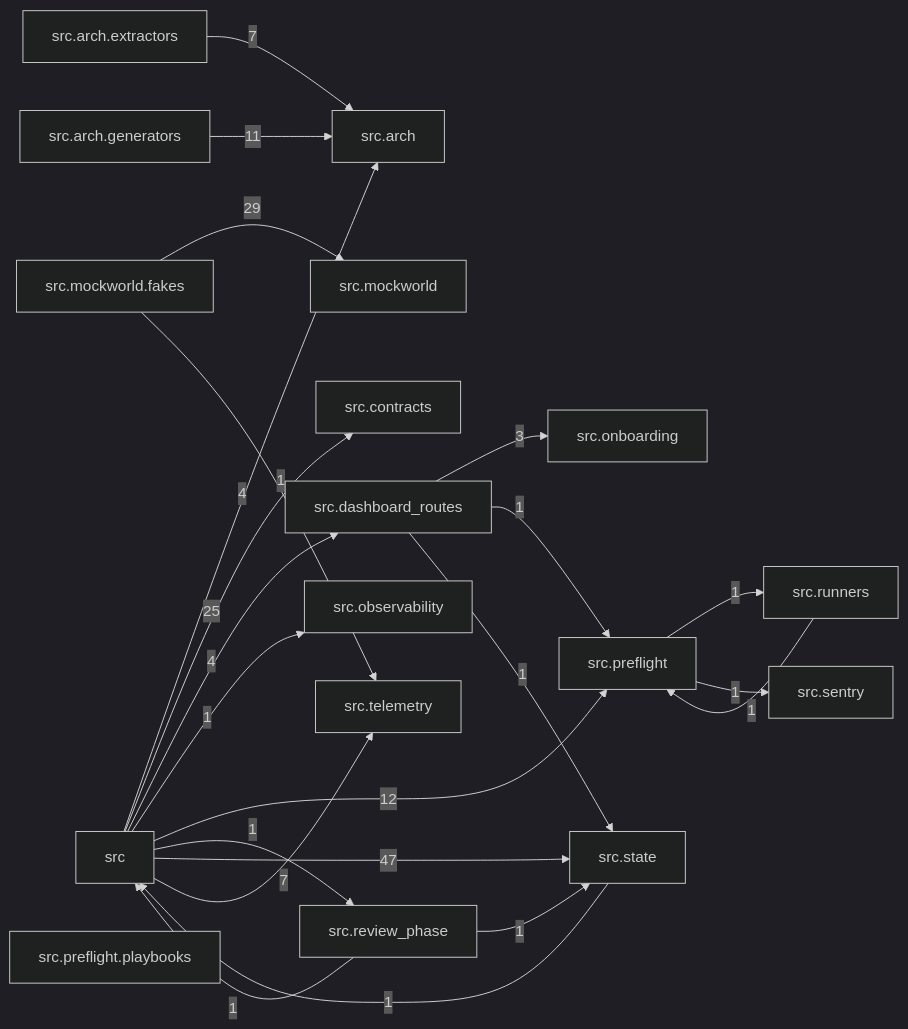
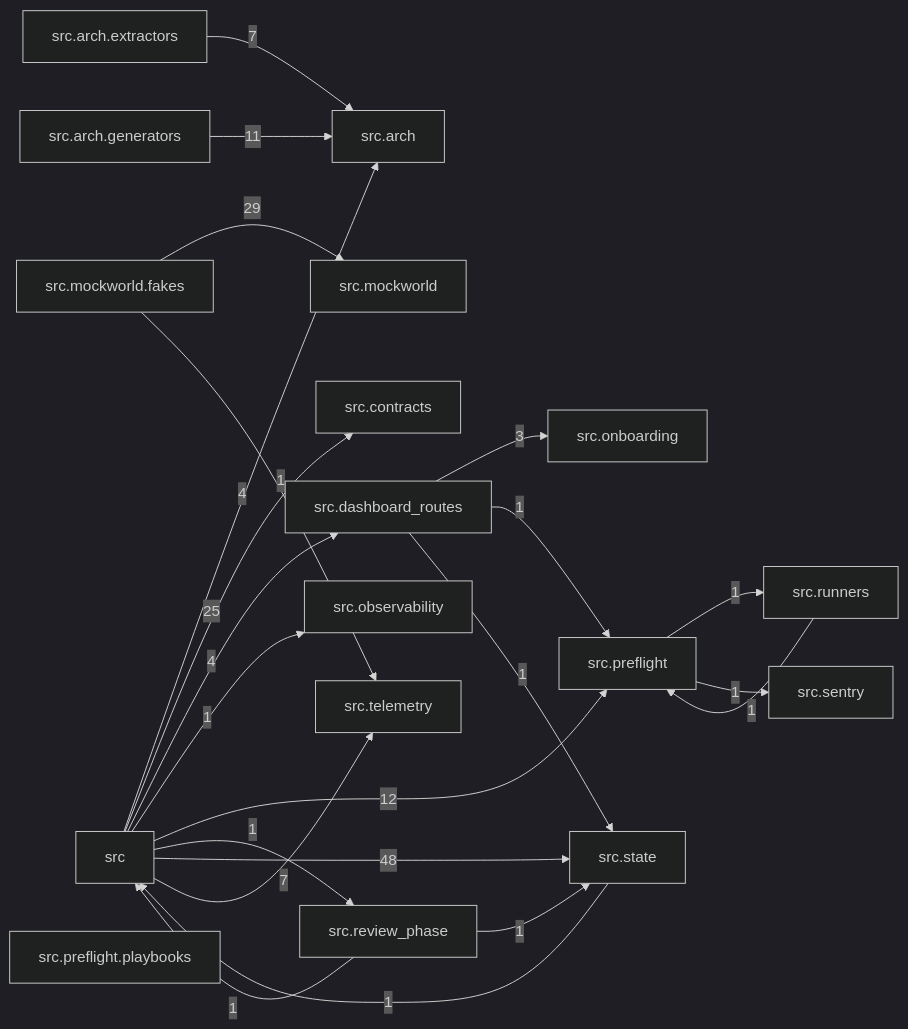
Before and after one commit to T-rav/hydraflow: the diagram in docs/arch/generated/modules.md, drawn with Mermaid (dark theme). The commit also changed 25 other files, not shown here.

````diff
--- a/docs/arch/generated/modules.md
+++ b/docs/arch/generated/modules.md
@@ -7,41 +7,41 @@
 ```mermaid
 graph LR
     src["src"]
     src_arch["src.arch"]
     src_arch_extractors["src.arch.extractors"]
     src_arch_generators["src.arch.generators"]
     src_contracts["src.contracts"]
     src_dashboard_routes["src.dashboard_routes"]
     src_mockworld["src.mockworld"]
     src_mockworld_fakes["src.mockworld.fakes"]
     src_observability["src.observability"]
     src_onboarding["src.onboarding"]
     src_preflight["src.preflight"]
     src_preflight_playbooks["src.preflight.playbooks"]
     src_review_phase["src.review_phase"]
     src_runners["src.runners"]
     src_sentry["src.sentry"]
     src_state["src.state"]
     src_telemetry["src.telemetry"]
     src -- "4" --> src_arch
     src -- "25" --> src_contracts
     src -- "4" --> src_dashboard_routes
     src -- "1" --> src_observability
     src -- "12" --> src_preflight
     src -- "1" --> src_review_phase
-    src -- "47" --> src_state
+    src -- "48" --> src_state
     src -- "7" --> src_telemetry
     src_arch_extractors -- "7" --> src_arch
     src_arch_generators -- "11" --> src_arch
     src_dashboard_routes -- "3" --> src_onboarding
     src_dashboard_routes -- "1" --> src_preflight
     src_dashboard_routes -- "1" --> src_state
     src_mockworld_fakes -- "29" --> src_mockworld
     src_mockworld_fakes -- "1" --> src_telemetry
     src_preflight -- "1" --> src_runners
     src_preflight -- "1" --> src_sentry
     src_review_phase -- "1" --> src
     src_review_phase -- "1" --> src_state
     src_runners -- "1" --> src_preflight
     src_state -- "1" --> src
 ```
````
